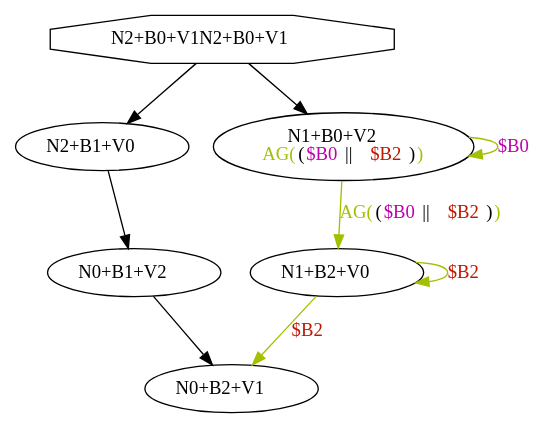
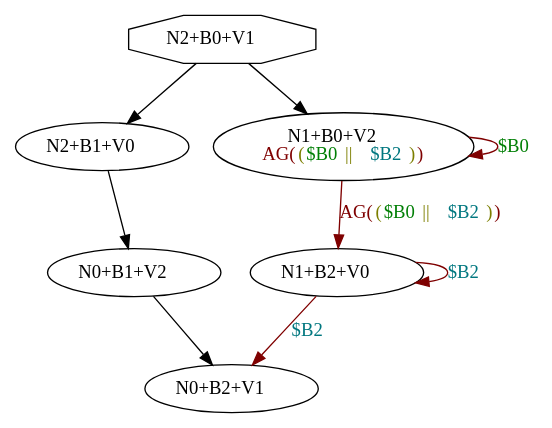
Before and after one commit to howiepowie/m1projctl2012g6: the diagram in test justifie 13.dot, drawn with Graphviz. The commit also changed 47 other files, not shown here.

```diff
--- a/test justifie 13.dot
+++ b/test justifie 13.dot
@@ -1,16 +1,16 @@
 digraph system {
-N0 [label=<N2+B0+V1N2+B0+V1>,shape=octagon]
+N0 [label=<N2+B0+V1>,shape=octagon]
 N1 [label=<N2+B1+V0>]
 N2 [label=<N0+B1+V2>]
 N3 [label=<N0+B2+V1>]
-N4 [label=<N1+B0+V2<BR/><FONT COLOR="0.18999974 1 0.75">AG(<FONT COLOR="black">(<FONT COLOR="0.8499997 1 0.75">$B0</FONT> || <FONT COLOR="0.019999743 1 0.75">$B2</FONT>)</FONT>)</FONT>>]
+N4 [label=<N1+B0+V2<BR/><FONT COLOR="0.0 1 0.5">AG(<FONT COLOR="0.17 1 0.5">(<FONT COLOR="0.34 1 0.5">$B0</FONT> || <FONT COLOR="0.51 1 0.5">$B2</FONT>)</FONT>)</FONT>>]
 N5 [label=<N1+B2+V0>]
 N0 -> N1
 N0 -> N4
 N1 -> N2
 N2 -> N3
-N4 -> N5 [color="0.18999974 1 0.75",label=<<FONT COLOR="0.18999974 1 0.75">AG(<FONT COLOR="black">(<FONT COLOR="0.8499997 1 0.75">$B0</FONT> || <FONT COLOR="0.019999743 1 0.75">$B2</FONT>)</FONT>)</FONT>>]
-N5 -> N5 [color="0.18999974 1 0.75",label=<<FONT COLOR="0.019999743 1 0.75">$B2</FONT>>]
-N4 -> N4 [color="0.18999974 1 0.75",label=<<FONT COLOR="0.8499997 1 0.75">$B0</FONT>>]
-N5 -> N3 [color="0.18999974 1 0.75",label=<<FONT COLOR="0.019999743 1 0.75">$B2</FONT>>]
+N5 -> N3 [color="0.0 1 0.5",label=<<FONT COLOR="0.51 1 0.5">$B2</FONT>>]
+N5 -> N5 [color="0.0 1 0.5",label=<<FONT COLOR="0.51 1 0.5">$B2</FONT>>]
+N4 -> N5 [color="0.0 1 0.5",label=<<FONT COLOR="0.0 1 0.5">AG(<FONT COLOR="0.17 1 0.5">(<FONT COLOR="0.34 1 0.5">$B0</FONT> || <FONT COLOR="0.51 1 0.5">$B2</FONT>)</FONT>)</FONT>>]
+N4 -> N4 [color="0.0 1 0.5",label=<<FONT COLOR="0.34 1 0.5">$B0</FONT>>]
 }
```
